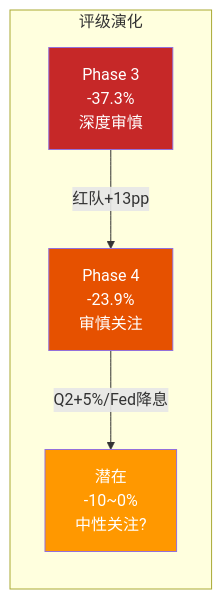
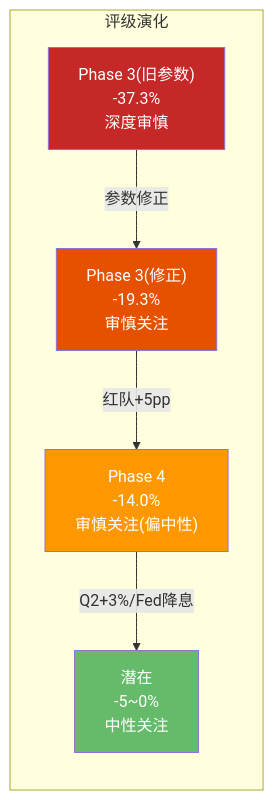
Before and after one commit to miltonnewyork25-afk/investment-master: the diagram in reports/SBUX/staging/P4_Ch21_rating_final.md, drawn with Mermaid. The commit also changed other lines of this file and 7 other files, not shown here.

````diff
--- a/reports/SBUX/staging/P4_Ch21_rating_final.md
+++ b/reports/SBUX/staging/P4_Ch21_rating_final.md
@@ -66,11 +70,13 @@
 ```mermaid
 graph LR
     subgraph "评级演化"
-        P3["Phase 3<br>-37.3%<br>深度审慎"] -->|"红队+13pp"| P4["Phase 4<br>-23.9%<br>审慎关注"]
-        P4 -->|"Q2+5%/Fed降息"| FUTURE["潜在<br>-10~0%<br>中性关注?"]
+        P3OLD["Phase 3(旧参数)<br>-37.3%<br>深度审慎"] -->|"参数修正"| P3NEW["Phase 3(修正)<br>-19.3%<br>审慎关注"]
+        P3NEW -->|"红队+5pp"| P4["Phase 4<br>-14.0%<br>审慎关注(偏中性)"]
+        P4 -->|"Q2+3%/Fed降息"| FUTURE["潜在<br>-5~0%<br>中性关注"]
     end
 
-    style P3 fill:#c62828,color:#fff
-    style P4 fill:#e65100,color:#fff
-    style FUTURE fill:#ff9800,color:#fff
+    style P3OLD fill:#c62828,color:#fff
+    style P3NEW fill:#e65100,color:#fff
+    style P4 fill:#ff9800,color:#fff
+    style FUTURE fill:#66bb6a,color:#fff
 ```
````
